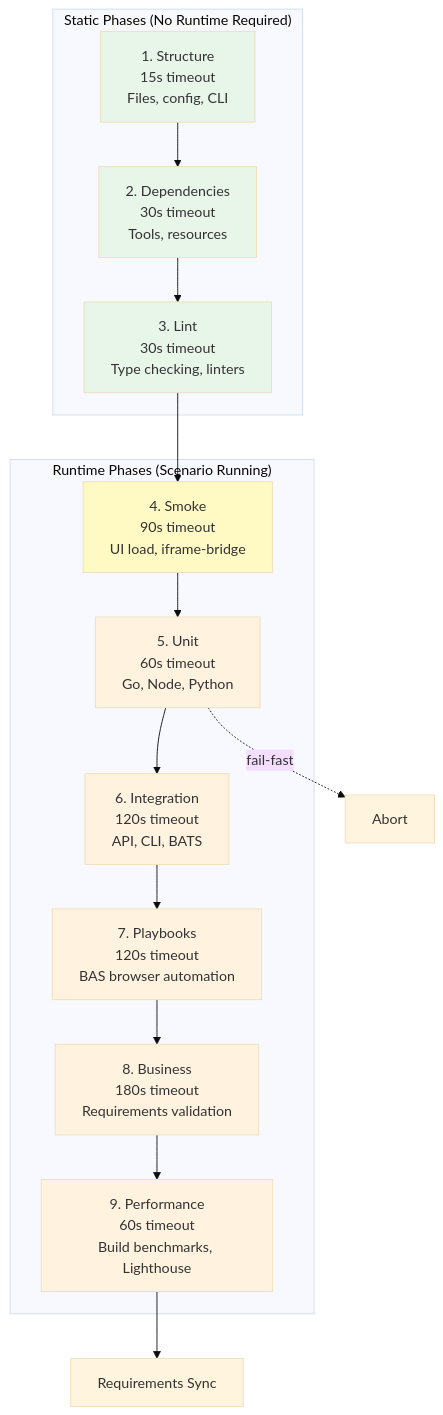
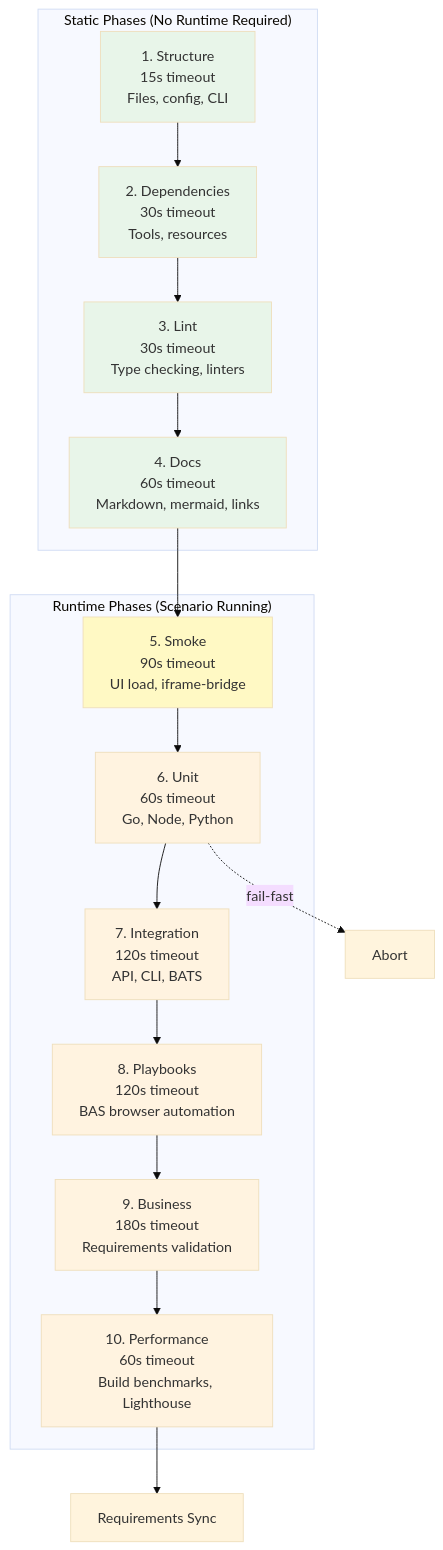
One commit to Vrooli/Vrooli changed the diagram in scenarios/test-genie/docs/phases/README.md. Above: the diagram before and after it, drawn with Mermaid (base theme). The commit also changed other lines of this file and 66 other files, not shown here.

````diff
--- a/scenarios/test-genie/docs/phases/README.md
+++ b/scenarios/test-genie/docs/phases/README.md
@@ -7,32 +7,34 @@
 ```mermaid
 graph TB
     subgraph "Static Phases (No Runtime Required)"
         P1[1. Structure<br/>15s timeout<br/>Files, config, CLI]
         P2[2. Dependencies<br/>30s timeout<br/>Tools, resources]
         P3[3. Lint<br/>30s timeout<br/>Type checking, linters]
+        P4[4. Docs<br/>60s timeout<br/>Markdown, mermaid, links]
     end
 
     subgraph "Runtime Phases (Scenario Running)"
-        P4[4. Smoke<br/>90s timeout<br/>UI load, iframe-bridge]
-        P5[5. Unit<br/>60s timeout<br/>Go, Node, Python]
-        P6[6. Integration<br/>120s timeout<br/>API, CLI, BATS]
-        P7[7. Playbooks<br/>120s timeout<br/>BAS browser automation]
-        P8[8. Business<br/>180s timeout<br/>Requirements validation]
-        P9[9. Performance<br/>60s timeout<br/>Build benchmarks, Lighthouse]
+        P5[5. Smoke<br/>90s timeout<br/>UI load, iframe-bridge]
+        P6[6. Unit<br/>60s timeout<br/>Go, Node, Python]
+        P7[7. Integration<br/>120s timeout<br/>API, CLI, BATS]
+        P8[8. Playbooks<br/>120s timeout<br/>BAS browser automation]
+        P9[9. Business<br/>180s timeout<br/>Requirements validation]
+        P10[10. Performance<br/>60s timeout<br/>Build benchmarks, Lighthouse]
     end
 
-    P1 --> P2 --> P3 --> P4 --> P5 --> P6 --> P7 --> P8 --> P9
+    P1 --> P2 --> P3 --> P4 --> P5 --> P6 --> P7 --> P8 --> P9 --> P10
 
-    P5 -.->|fail-fast| ABORT[Abort]
-    P9 --> SYNC[Requirements Sync]
+    P6 -.->|fail-fast| ABORT[Abort]
+    P10 --> SYNC[Requirements Sync]
 
     style P1 fill:#e8f5e9
     style P2 fill:#e8f5e9
     style P3 fill:#e8f5e9
-    style P4 fill:#fff9c4
-    style P5 fill:#fff3e0
+    style P4 fill:#e8f5e9
+    style P5 fill:#fff9c4
     style P6 fill:#fff3e0
     style P7 fill:#fff3e0
     style P8 fill:#fff3e0
     style P9 fill:#fff3e0
+    style P10 fill:#fff3e0
 ```
````
